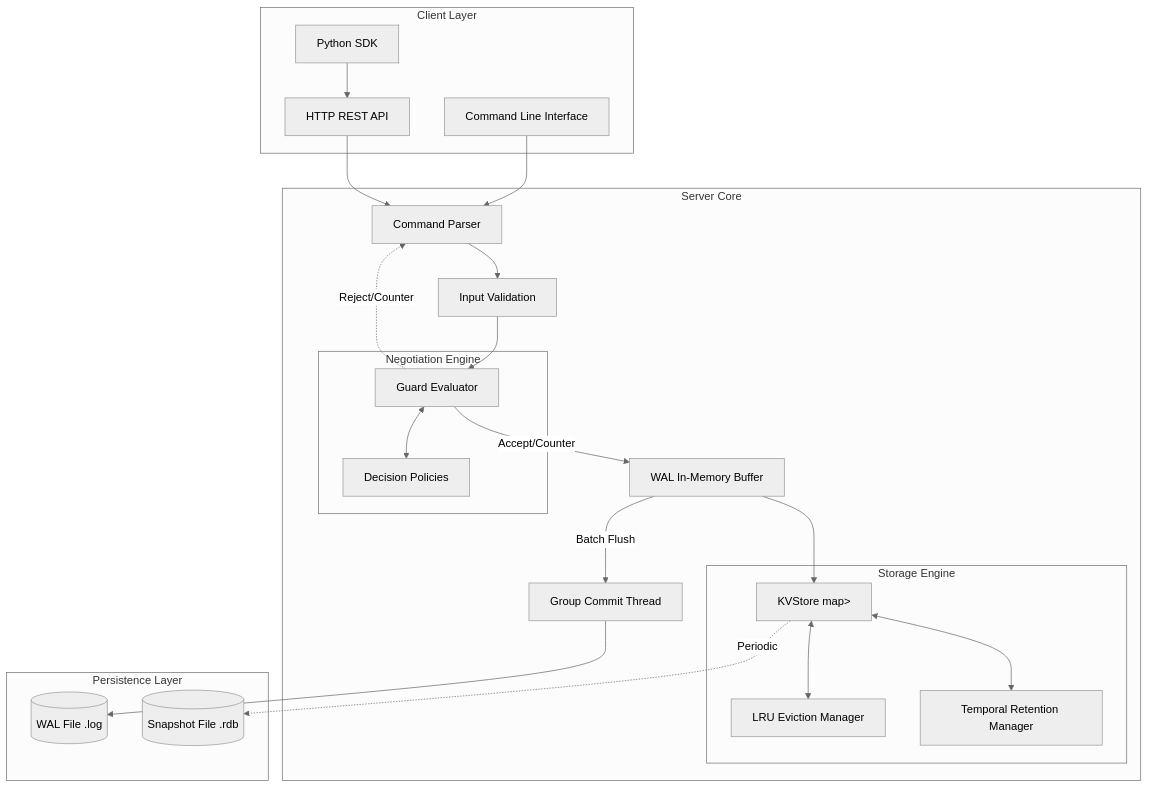
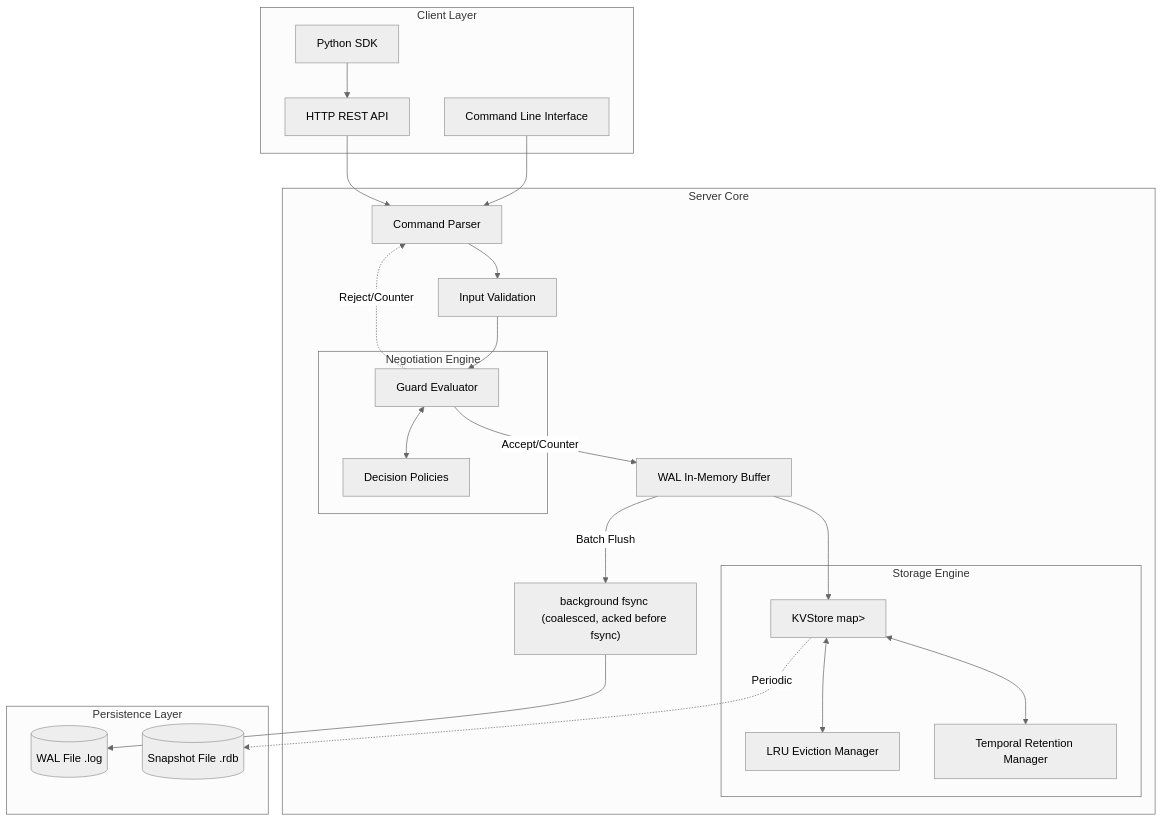
The first of 2 diagrams in README.md (Brijesh-Thakkar/SentinelDB), drawn with Mermaid (neutral theme) before and after one commit. The commit also changed other lines of this file, not shown here.

````diff
--- a/README.md
+++ b/README.md
@@ -159,52 +162,52 @@
 ```mermaid
 flowchart TD
     subgraph Client Layer
         CLI[Command Line Interface]
         HTTP[HTTP REST API]
         SDK[Python SDK]
     end
 
     subgraph Server Core
         Parser[Command Parser]
         InputVal[Input Validation]
         
         subgraph Negotiation Engine
             Guards[Guard Evaluator]
             Policies[Decision Policies]
         end
         
         WALMem[WAL In-Memory Buffer]
-        GC[Group Commit Thread]
+        GC["background fsync (coalesced, acked before fsync)"]
         
         subgraph Storage Engine
             KV[KVStore map<string, vector<Version>>]
             LRU[LRU Eviction Manager]
             Retention[Temporal Retention Manager]
         end
     end
 
     subgraph Persistence Layer
         WALDisk[(WAL File .log)]
         Snapshot[(Snapshot File .rdb)]
     end
 
     CLI --> Parser
     HTTP --> Parser
     SDK --> HTTP
     
     Parser --> InputVal
     InputVal --> Guards
     Guards <--> Policies
     
     Guards --> |Accept/Counter| WALMem
     Guards -.-> |Reject/Counter| Parser
     
     WALMem --> |Batch Flush| GC
     GC --> WALDisk
     
     WALMem --> KV
     KV <--> LRU
     KV <--> Retention
     
     KV -.-> |Periodic| Snapshot
 ```
````
